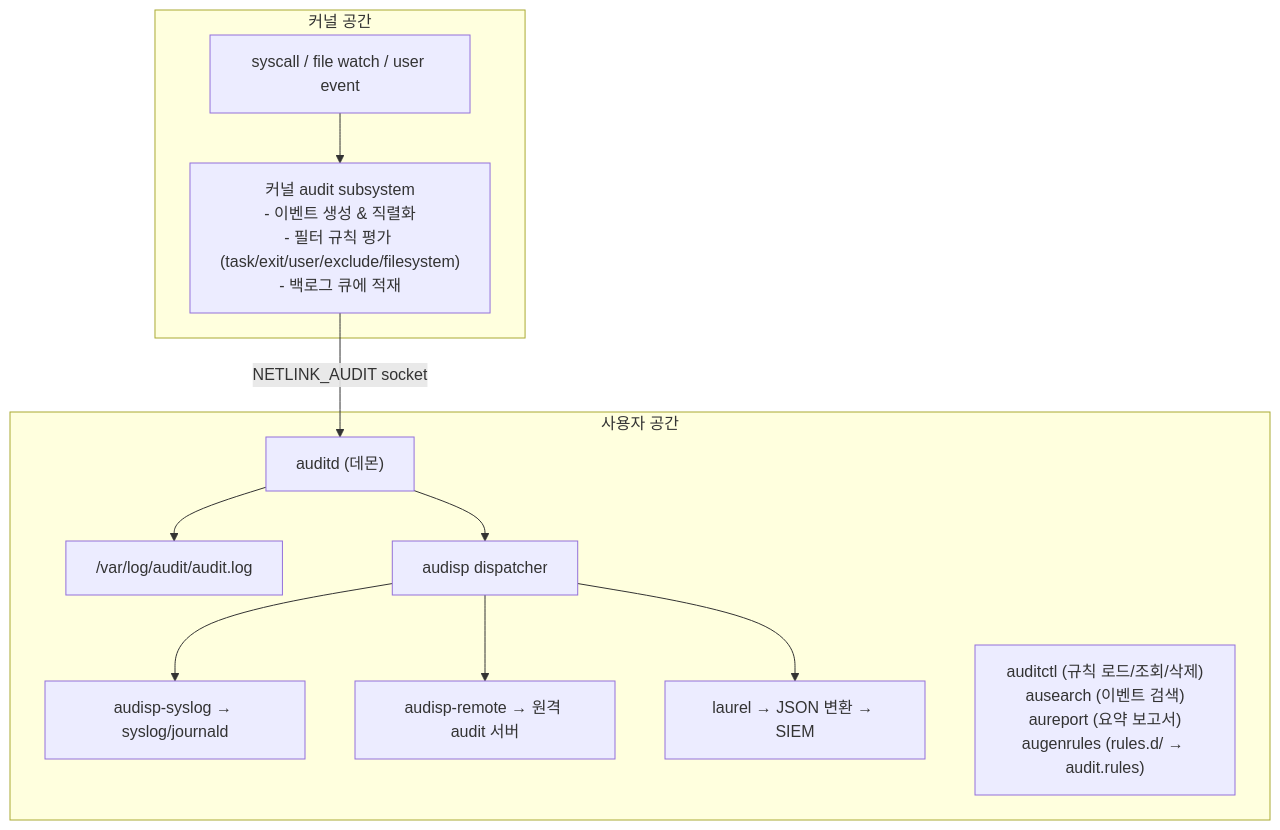
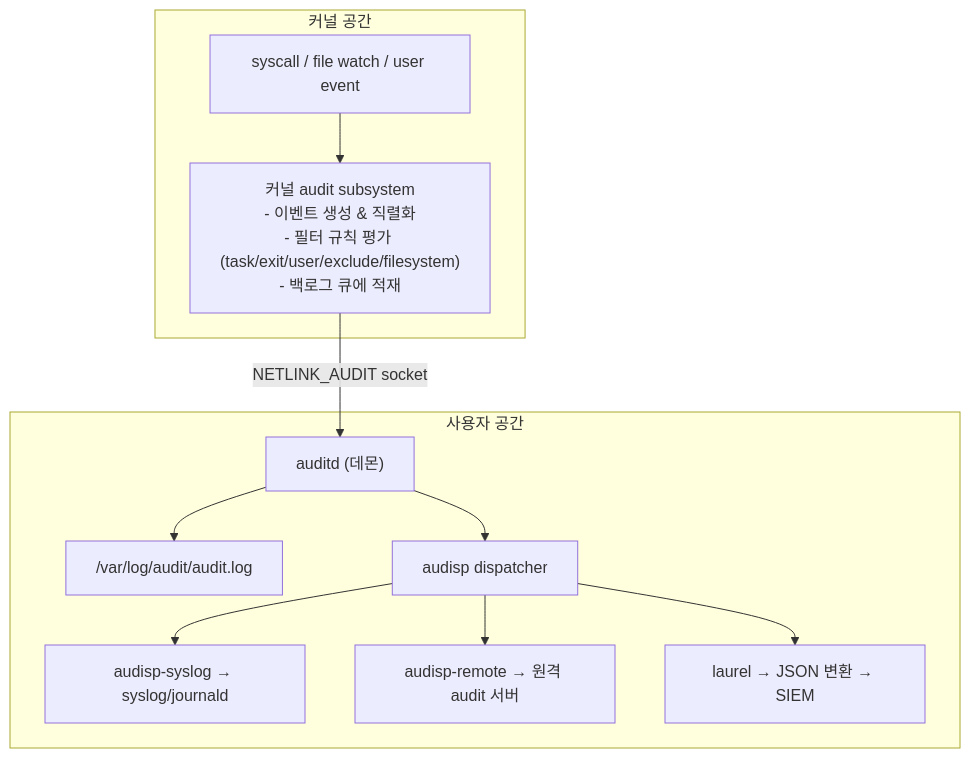
One commit to moonblueblue/devops-wiki changed the first of 4 diagrams in content/linux/linux-security/auditd.md. Above: the diagram before and after it, drawn with Mermaid. The commit also changed other lines of this file and 2 other files, not shown here.

First line of the commit message:
style: 섹션4 Linux 보안 ASCII art → 표/Mermaid 전환

````diff
--- a/content/linux/linux-security/auditd.md
+++ b/content/linux/linux-security/auditd.md
@@ -32,25 +32,24 @@
 ```mermaid
 graph TD
     subgraph kernel["커널 공간"]
         SRC["syscall / file watch / user event"]
         AUD["커널 audit subsystem<br/>- 이벤트 생성 &amp; 직렬화<br/>- 필터 규칙 평가 (task/exit/user/exclude/filesystem)<br/>- 백로그 큐에 적재"]
     end
 
     subgraph user["사용자 공간"]
         AUDITD["auditd (데몬)"]
         LOG["/var/log/audit/audit.log"]
         AUDISP["audisp dispatcher"]
         SYSLOG["audisp-syslog → syslog/journald"]
         REMOTE["audisp-remote → 원격 audit 서버"]
         LAUREL["laurel → JSON 변환 → SIEM"]
-        TOOLS["auditctl (규칙 로드/조회/삭제)<br/>ausearch (이벤트 검색)<br/>aureport (요약 보고서)<br/>augenrules (rules.d/ → audit.rules)"]
     end
 
     SRC --> AUD
     AUD -- "NETLINK_AUDIT socket" --> AUDITD
     AUDITD --> LOG
     AUDITD --> AUDISP
     AUDISP --> SYSLOG
     AUDISP --> REMOTE
     AUDISP --> LAUREL
 ```
````
